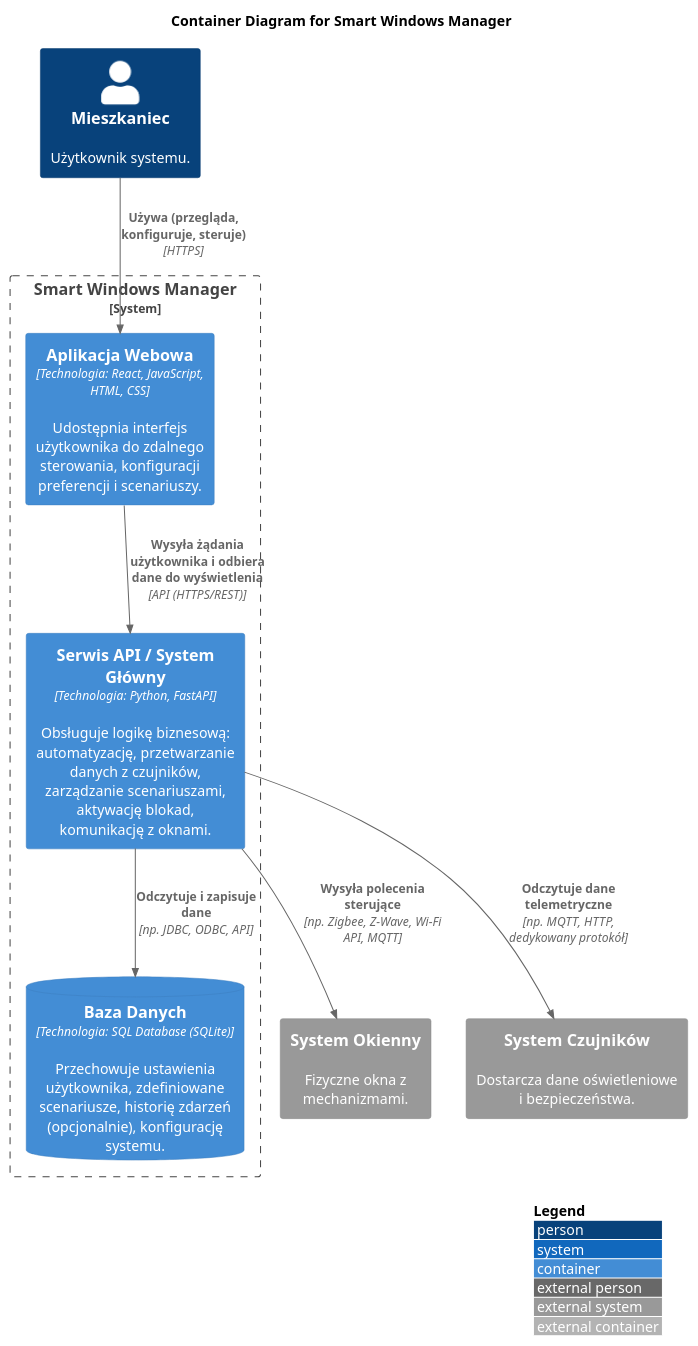
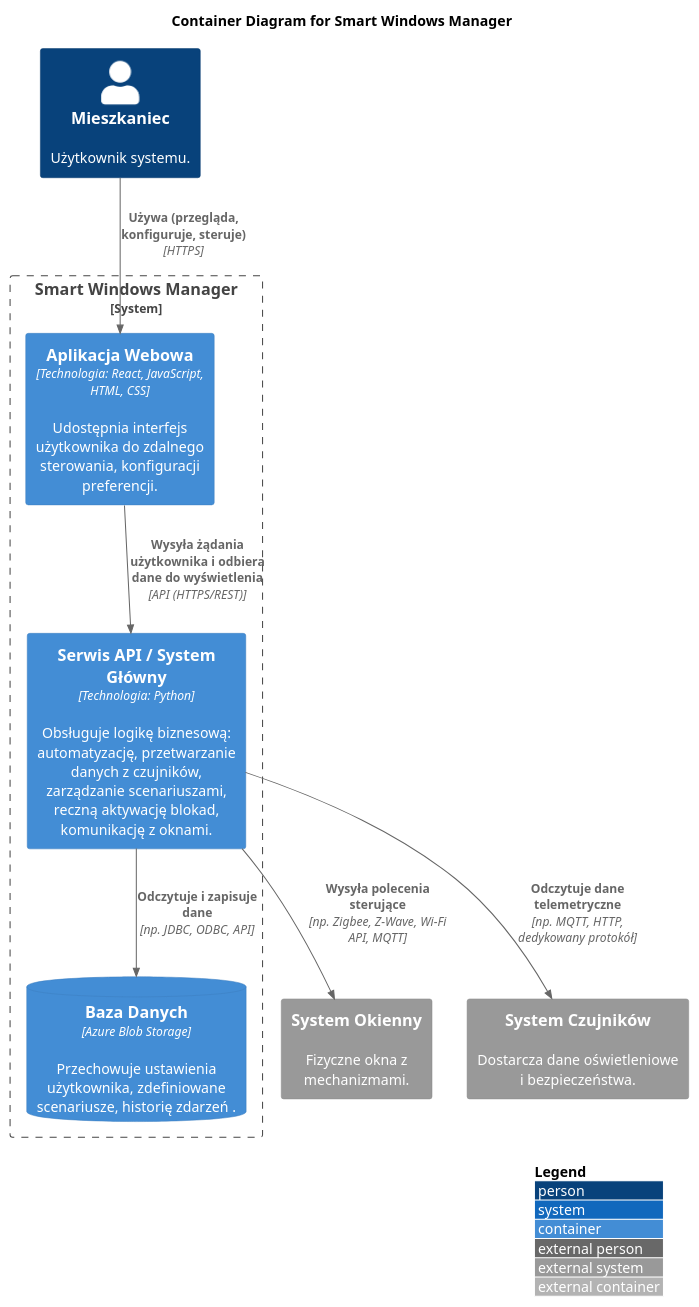
One commit to dolhan12211/Smart_Windows_Manager changed the diagram in Diagram C4/Container Diagram.plantuml. Above: the diagram before and after it, drawn with PlantUML. The commit also changed 1 other file, not shown here.

Commit message:
changes in diagrams v2

```diff
--- a/Diagram C4/Container Diagram.plantuml
+++ b/Diagram C4/Container Diagram.plantuml
@@ -1,26 +1,26 @@
 @startuml
 !include https://raw.githubusercontent.com/plantuml-stdlib/C4-PlantUML/master/C4_Container.puml
 
 LAYOUT_WITH_LEGEND()
 
 title Container Diagram for Smart Windows Manager
 
 Person(user, "Mieszkaniec", "Użytkownik systemu.")
 
 System_Ext(physical_windows, "System Okienny", "Fizyczne okna z mechanizmami.")
 System_Ext(sensor_system, "System Czujników", "Dostarcza dane oświetleniowe i bezpieczeństwa.")
 
 System_Boundary(c1, "Smart Windows Manager") {
-    Container(web_app, "Aplikacja Webowa", "Technologia: React, JavaScript, HTML, CSS", "Udostępnia interfejs użytkownika do zdalnego sterowania, konfiguracji preferencji i scenariuszy.")
-    Container(api_service, "Serwis API / System Główny", "Technologia: Python, FastAPI", "Obsługuje logikę biznesową: automatyzację, przetwarzanie danych z czujników, zarządzanie scenariuszami, aktywację blokad, komunikację z oknami.")
-    ContainerDb(database, "Baza Danych", "Technologia: SQL Database (SQLite)", "Przechowuje ustawienia użytkownika, zdefiniowane scenariusze, historię zdarzeń (opcjonalnie), konfigurację systemu.")
+    Container(web_app, "Aplikacja Webowa", "Technologia: React, JavaScript, HTML, CSS", "Udostępnia interfejs użytkownika do zdalnego sterowania, konfiguracji preferencji.")
+    Container(api_service, "Serwis API / System Główny", "Technologia: Python", "Obsługuje logikę biznesową: automatyzację, przetwarzanie danych z czujników, zarządzanie scenariuszami, reczną aktywację blokad, komunikację z oknami.")
+    ContainerDb(database, "Baza Danych", "Azure Blob Storage", "Przechowuje ustawienia użytkownika, zdefiniowane scenariusze, historię zdarzeń .")
 }
 
 Rel_D(user, web_app, "Używa (przegląda, konfiguruje, steruje)", "HTTPS")
 Rel_D(web_app, api_service, "Wysyła żądania użytkownika i odbiera dane do wyświetlenia", "API (HTTPS/REST)")
 
 Rel_D(api_service, database, "Odczytuje i zapisuje dane", "np. JDBC, ODBC, API")
 Rel_D(api_service, physical_windows, "Wysyła polecenia sterujące", "np. Zigbee, Z-Wave, Wi-Fi API, MQTT")
 Rel_D(api_service, sensor_system, "Odczytuje dane telemetryczne", "np. MQTT, HTTP, dedykowany protokół")
 
 @enduml
```
